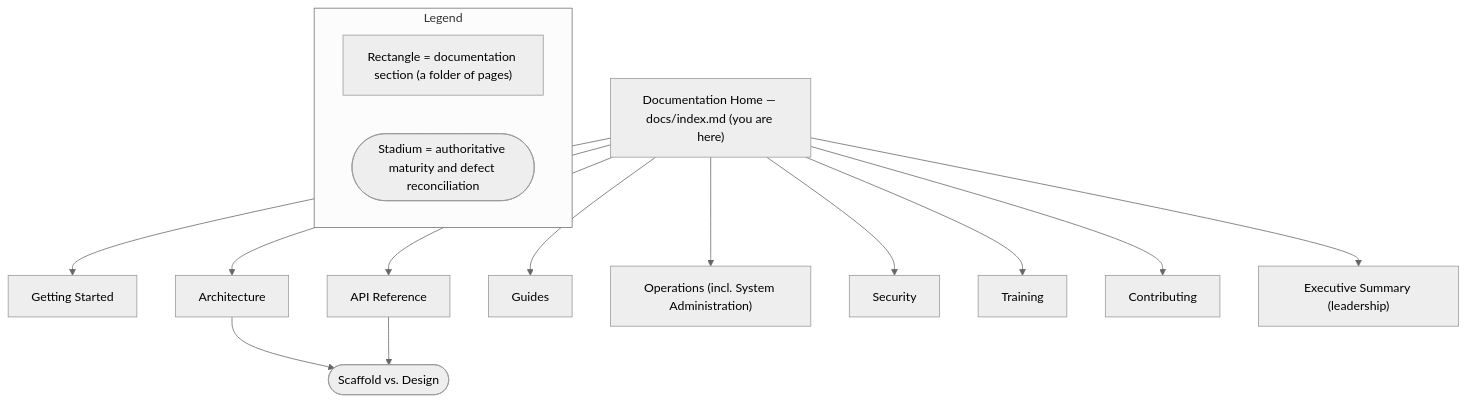
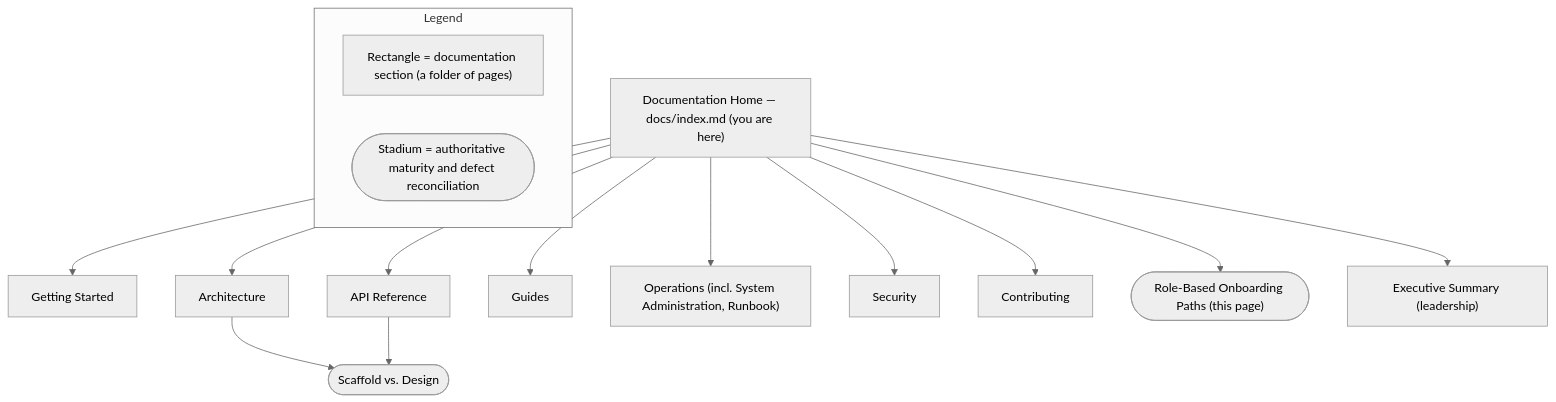
One commit to blitzy-public-samples/blockchain-integration-6edhrq changed the first of 2 diagrams in docs/index.md. Above: the diagram before and after it, drawn with Mermaid (neutral theme). The commit also changed other lines of this file and 14 other files, not shown here.

````diff
--- a/docs/index.md
+++ b/docs/index.md
@@ -25,24 +25,25 @@
 ```mermaid
 flowchart TD
     subgraph Legend_IX1["Legend"]
         LG1["Rectangle = documentation section (a folder of pages)"]
         LG2(["Stadium = authoritative maturity and defect reconciliation"])
     end
 
     Index["Documentation Home — docs/index.md (you are here)"]
     Index --> GS["Getting Started"]
     Index --> ARCH["Architecture"]
     Index --> API["API Reference"]
     Index --> GUIDE["Guides"]
-    Index --> OPS["Operations (incl. System Administration)"]
+    Index --> OPS["Operations (incl. System Administration, Runbook)"]
     Index --> SEC["Security"]
-    Index --> TRAIN["Training"]
     Index --> CONTRIB["Contributing"]
+    Index --> TRAIN(["Role-Based Onboarding Paths (this page)"])
     Index --> DECK["Executive Summary (leadership)"]
 
     ARCH --> SVD(["Scaffold vs. Design"])
     API --> SVD
 
-    %% Legend: rectangles are sections; the stadium node is the single
-    %% source of truth for maturity labels and the defect catalog.
+    %% Legend: rectangles are sections; stadium nodes are pages rather than
+    %% folders — Scaffold vs. Design is the single source of truth for maturity
+    %% labels and the defect catalog, and the onboarding paths live on this page.
 ```
````
